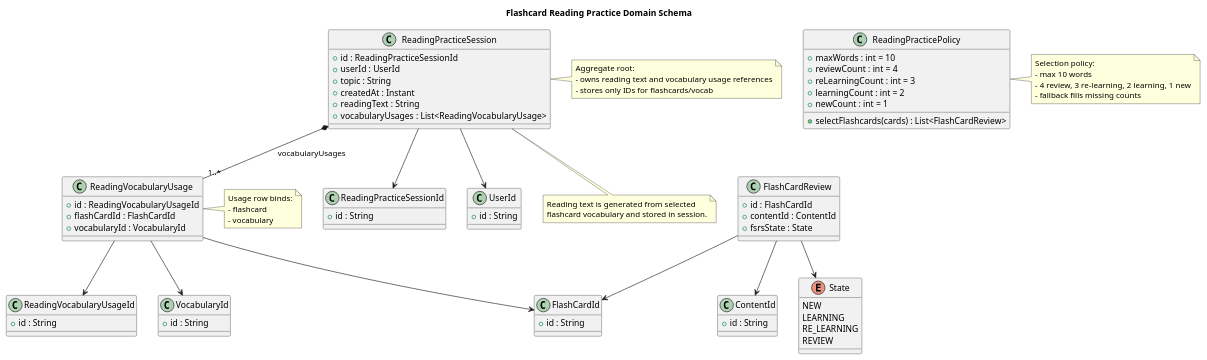
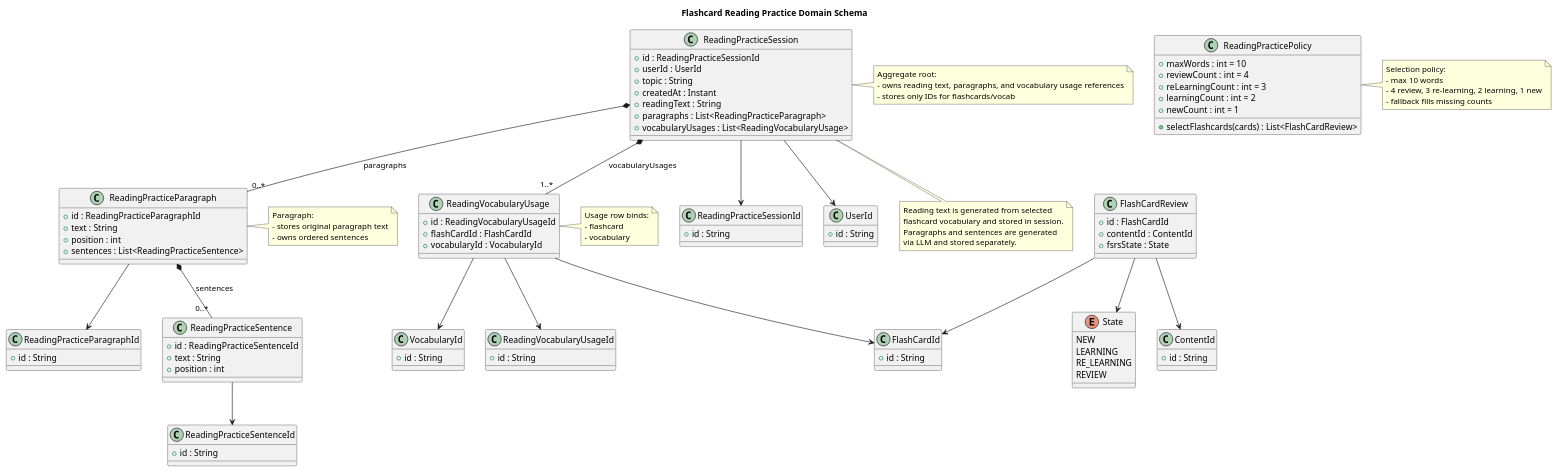
One commit to muhammadismailkhan0009/language-learner-backend changed the diagram in diagrams/reading/flashcard-reading-practice-domain-schema.puml. Above: the diagram before and after it, drawn with PlantUML. The commit also changed 28 other files, not shown here.

Commit message:
- added reading support in paragraph.

```diff
--- a/diagrams/reading/flashcard-reading-practice-domain-schema.puml
+++ b/diagrams/reading/flashcard-reading-practice-domain-schema.puml
@@ -1,100 +1,134 @@
 @startuml
 
 title Flashcard Reading Practice Domain Schema
 
 class ReadingPracticeSession {
   +id : ReadingPracticeSessionId
   +userId : UserId
   +topic : String
   +createdAt : Instant
   +readingText : String
+  +paragraphs : List<ReadingPracticeParagraph>
   +vocabularyUsages : List<ReadingVocabularyUsage>
 }
 
 class ReadingPracticeSessionId {
   +id : String
 }
 
 class ReadingVocabularyUsage {
   +id : ReadingVocabularyUsageId
   +flashCardId : FlashCardId
   +vocabularyId : VocabularyId
+}
+
+class ReadingPracticeParagraph {
+  +id : ReadingPracticeParagraphId
+  +text : String
+  +position : int
+  +sentences : List<ReadingPracticeSentence>
+}
+
+class ReadingPracticeParagraphId {
+  +id : String
+}
+
+class ReadingPracticeSentence {
+  +id : ReadingPracticeSentenceId
+  +text : String
+  +position : int
+}
+
+class ReadingPracticeSentenceId {
+  +id : String
 }
 
 class ReadingVocabularyUsageId {
   +id : String
 }
 
 class FlashCardId {
   +id : String
 }
 
 class VocabularyId {
   +id : String
 }
 
 class UserId {
   +id : String
 }
 
 class ReadingPracticePolicy {
   +maxWords : int = 10
   +reviewCount : int = 4
   +reLearningCount : int = 3
   +learningCount : int = 2
   +newCount : int = 1
   +selectFlashcards(cards) : List<FlashCardReview>
 }
 
 class FlashCardReview {
   +id : FlashCardId
   +contentId : ContentId
   +fsrsState : State
 }
 
 class ContentId {
   +id : String
 }
 
 enum State {
   NEW
   LEARNING
   RE_LEARNING
   REVIEW
 }
 
 ReadingPracticeSession --> ReadingPracticeSessionId
 ReadingPracticeSession --> UserId
+ReadingPracticeSession *-- "0..*" ReadingPracticeParagraph : paragraphs
 ReadingPracticeSession *-- "1..*" ReadingVocabularyUsage : vocabularyUsages
+ReadingPracticeParagraph --> ReadingPracticeParagraphId
+ReadingPracticeParagraph *-- "0..*" ReadingPracticeSentence : sentences
+ReadingPracticeSentence --> ReadingPracticeSentenceId
 ReadingVocabularyUsage --> ReadingVocabularyUsageId
 ReadingVocabularyUsage --> FlashCardId
 ReadingVocabularyUsage --> VocabularyId
 FlashCardReview --> FlashCardId
 FlashCardReview --> ContentId
 FlashCardReview --> State
 
 note right of ReadingPracticeSession
 Aggregate root:
-- owns reading text and vocabulary usage references
+- owns reading text, paragraphs, and vocabulary usage references
 - stores only IDs for flashcards/vocab
+end note
+
+note right of ReadingPracticeParagraph
+Paragraph:
+- stores original paragraph text
+- owns ordered sentences
 end note
 
 note right of ReadingVocabularyUsage
 Usage row binds:
 - flashcard
 - vocabulary
 end note
 
 note right of ReadingPracticePolicy
 Selection policy:
 - max 10 words
 - 4 review, 3 re-learning, 2 learning, 1 new
 - fallback fills missing counts
 end note
 
 note bottom of ReadingPracticeSession
 Reading text is generated from selected
 flashcard vocabulary and stored in session.
+Paragraphs and sentences are generated
+via LLM and stored separately.
 end note
 
 @enduml
```
